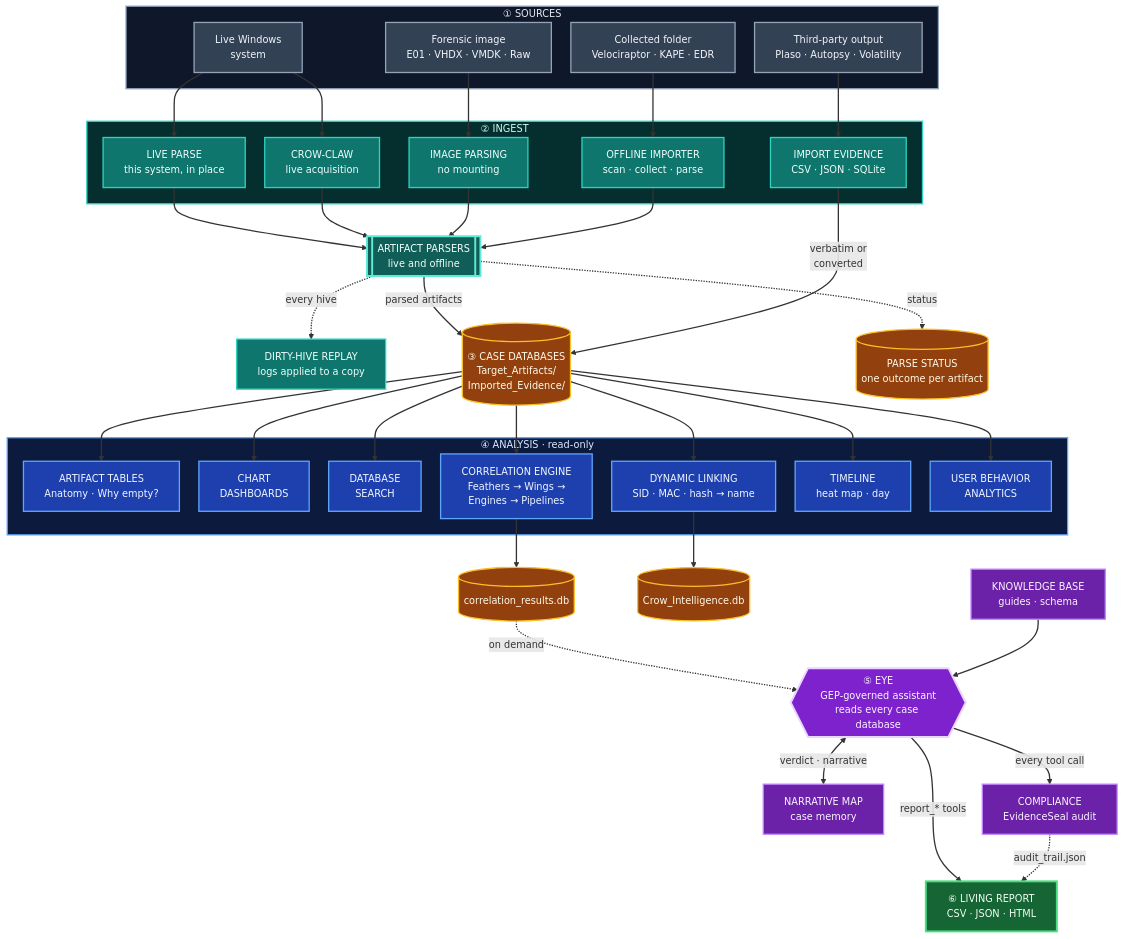
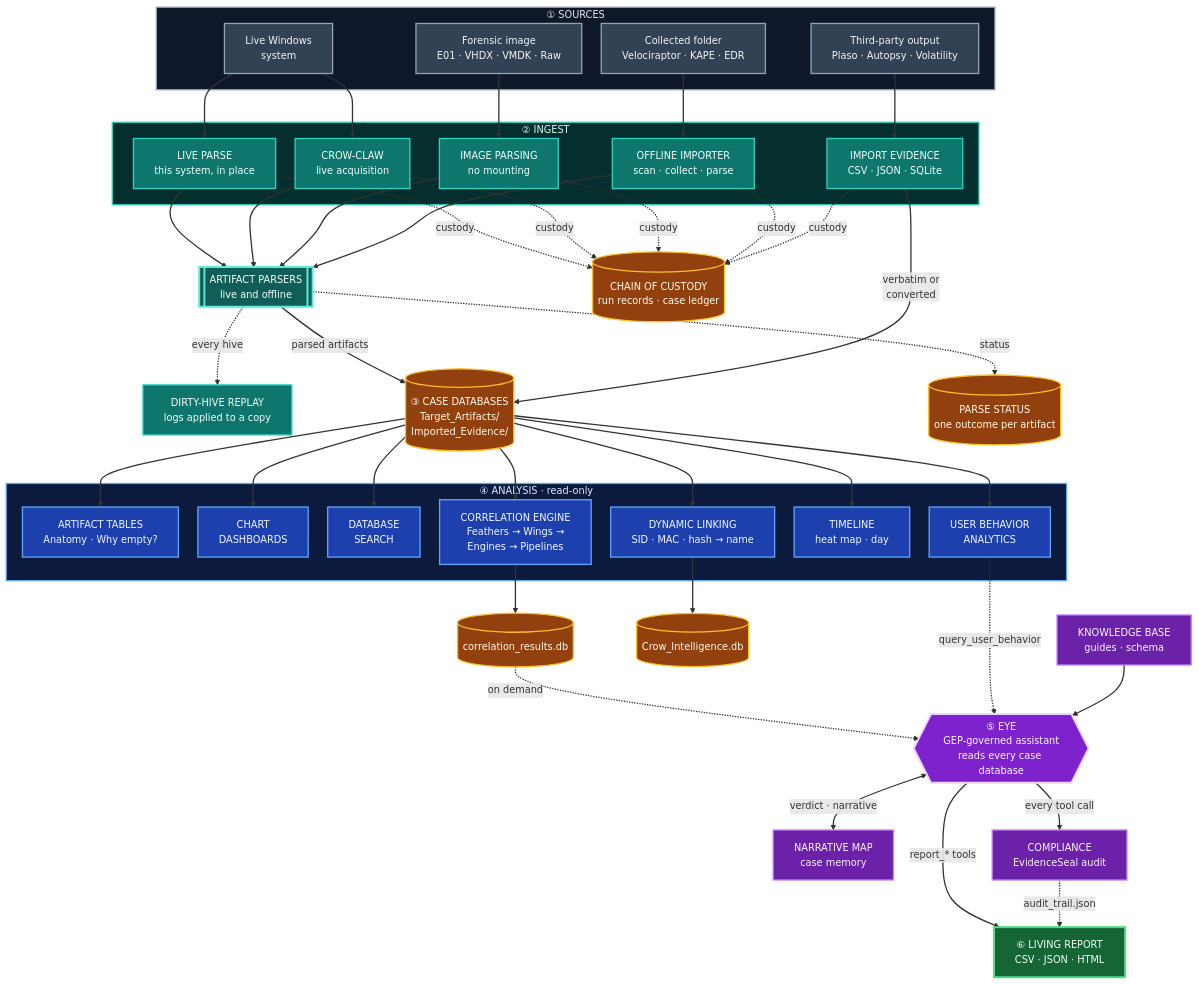
Before and after one commit to Ghassan-elsman/Crow-Eye: the first of 5 diagrams in README.md, drawn with Mermaid. The commit also changed other lines of this file and 315 other files, not shown here.

First line of the commit message:
Release 0.14.1 — Whole-Disk Evidence, Chain of Custody & Large-Case Correlation

```diff
--- a/README.md
+++ b/README.md
@@ -125,6 +125,7 @@
     REPLAY["DIRTY-HIVE REPLAY<br/>logs applied to a copy"]
     CASE[("③ CASE DATABASES<br/>Target_Artifacts/<br/>Imported_Evidence/")]
     PSTAT[("PARSE STATUS<br/>one outcome per artifact")]
+    CUST[("CHAIN OF CUSTODY<br/>run records · case ledger")]
 
     subgraph ANA["④ ANALYSIS · read-only"]
         TAB["ARTIFACT TABLES<br/>Anatomy · Why empty?"]
@@ -155,6 +156,7 @@
     PARSERS -. "every hive" .-> REPLAY
     PARSERS == "parsed artifacts" ==> CASE
     PARSERS -. "status" .-> PSTAT
+    I0 & I1 & I2 & I3 & I4 -. "custody" .-> CUST
     I4 -- "verbatim or<br/>converted" --> CASE
 
     CASE ==> TAB & VIZ & SRCH & CE & DL & TL & UBA
@@ -162,6 +164,7 @@
     DL --> INTEL
 
     RES -. "on demand" .-> EYE
+    UBA -. "query_user_behavior" .-> EYE
     KB --> EYE
     EYE <== "verdict · narrative" ==> NM
     EYE -- "every tool call" --> COMP
@@ -180,7 +183,7 @@
     class S1,S2,S3,S4 src
     class I0,I1,I2,I3,I4,REPLAY ing
     class PARSERS hub
-    class CASE,PSTAT,RES,INTEL store
+    class CASE,PSTAT,CUST,RES,INTEL store
     class TAB,VIZ,SRCH,TL,UBA,CE,DL ana
     class KB,NM,COMP ai
     class EYE eye
```
